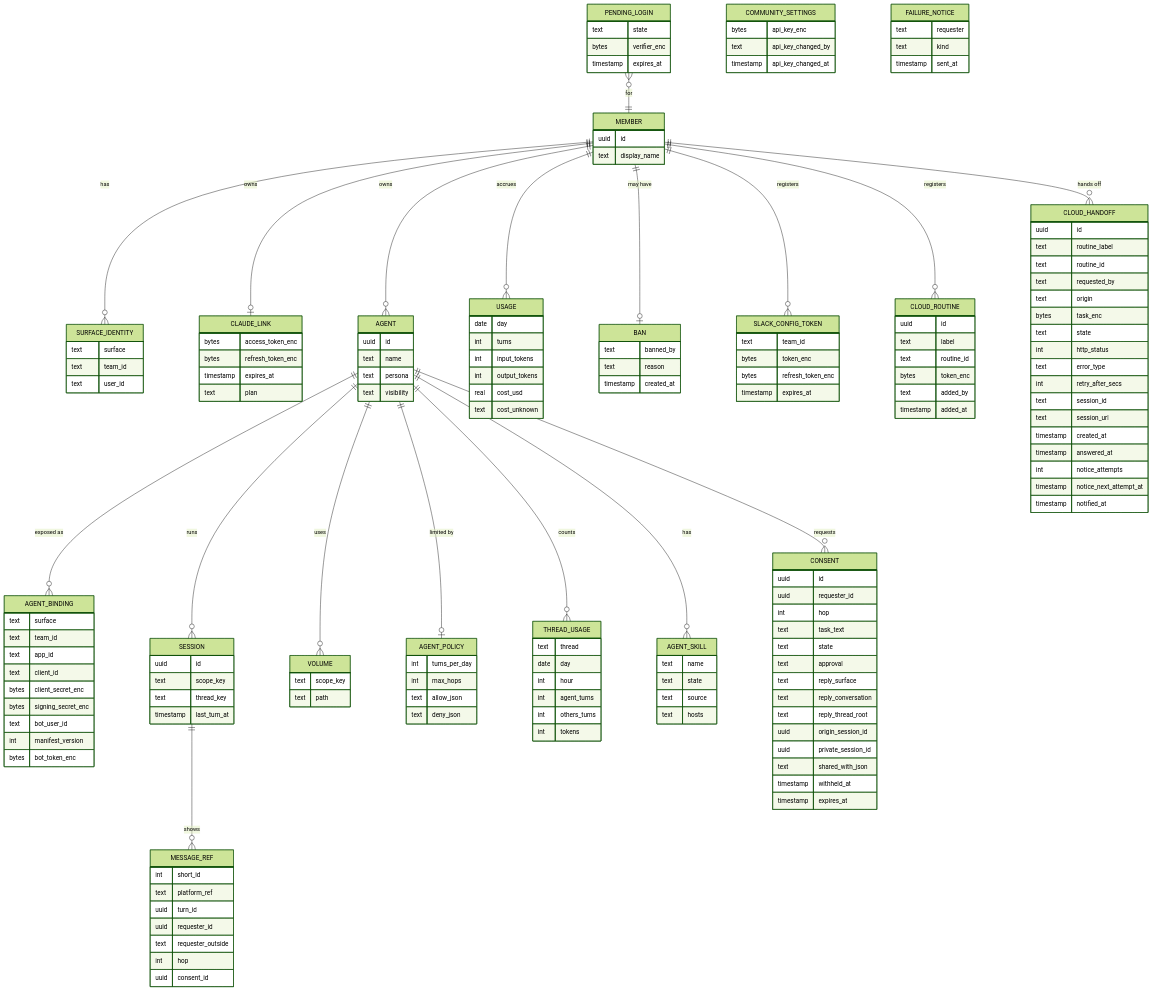
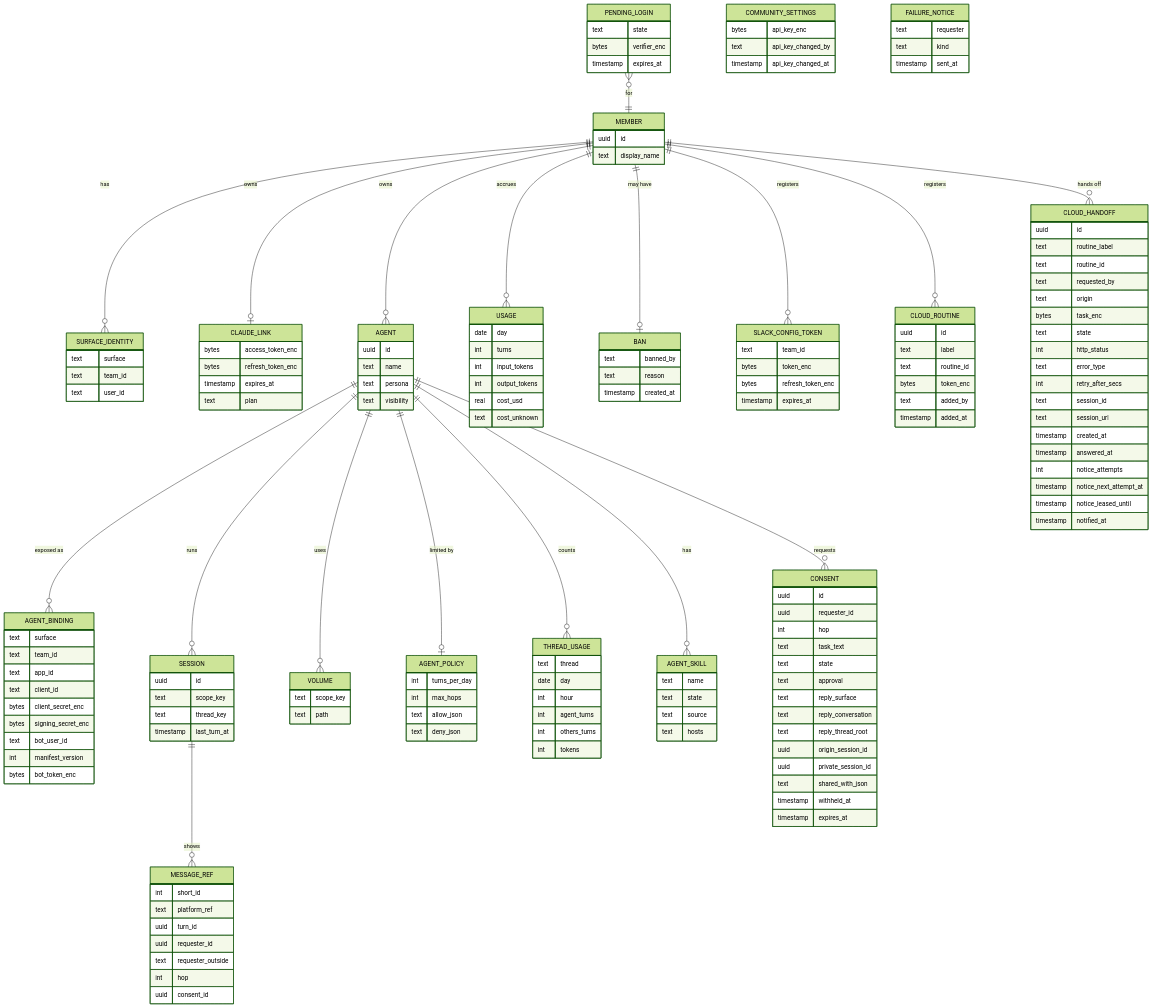
The eighth of 8 diagrams in docs/design.md (agentsky/agent-core), drawn with Mermaid (forest theme) before and after one commit. The commit also changed 20 other files, not shown here.

```diff
--- a/docs/design.md
+++ b/docs/design.md
@@ -1231,6 +1231,7 @@
         timestamp answered_at
         int notice_attempts
         timestamp notice_next_attempt_at
+        timestamp notice_leased_until
         timestamp notified_at
     }
     VOLUME {
```
